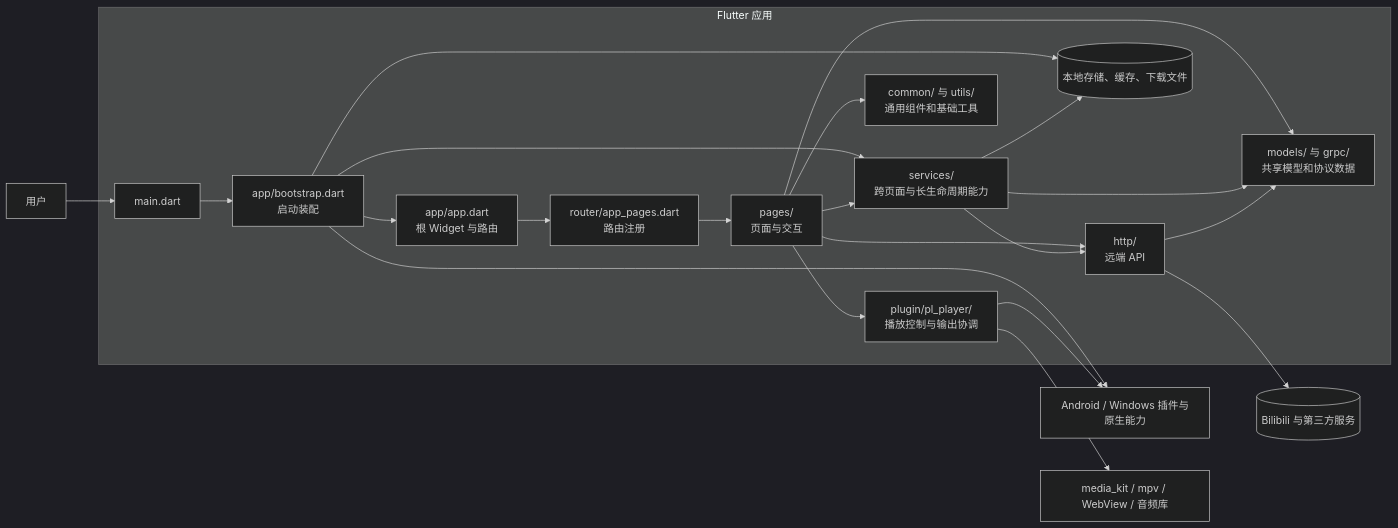
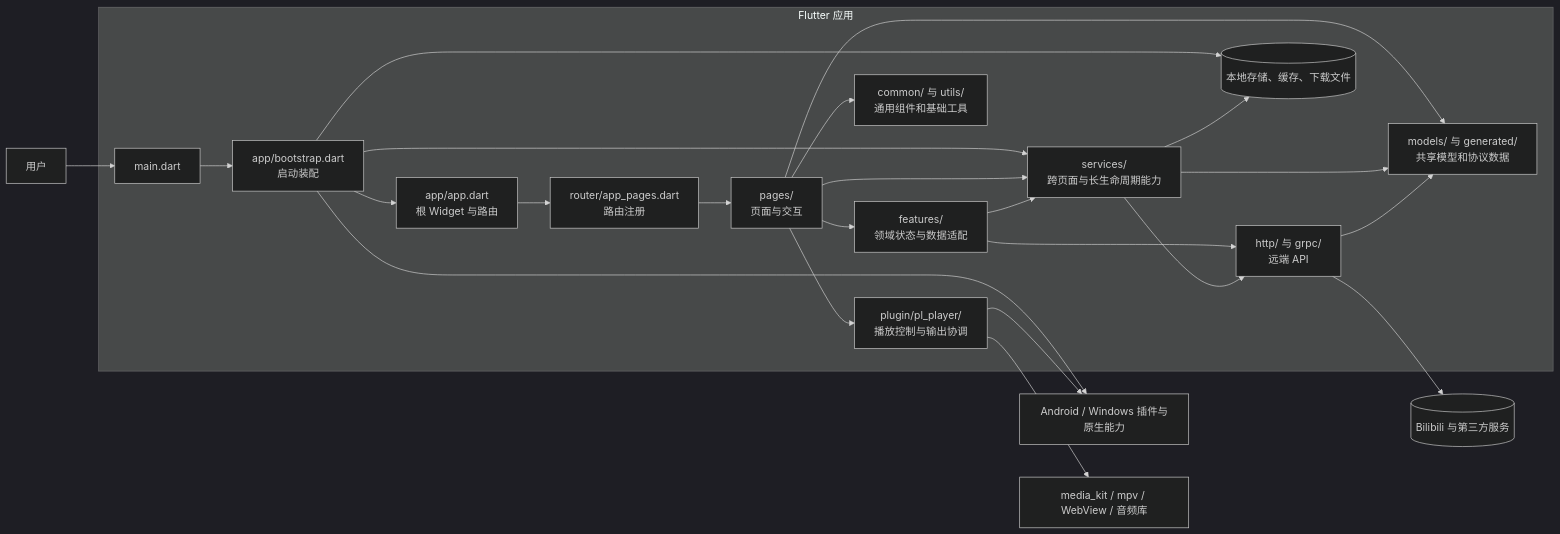
The first of 2 diagrams in doc/development/architecture.md (wallpap/PiliAuroraNext), drawn with Mermaid (dark theme) before and after one commit. The commit also changed other lines of this file and 13 other files, not shown here.

Commit message:
refactor(architecture): remove unused state hierarchy and guard transport boundary

````diff
--- a/doc/development/architecture.md
+++ b/doc/development/architecture.md
@@ -9,37 +9,40 @@
 ```mermaid
 flowchart LR
     User[用户]
     subgraph App[Flutter 应用]
         Main[main.dart]
         Bootstrap[app/bootstrap.dart<br/>启动装配]
         Root[app/app.dart<br/>根 Widget 与路由]
         Routes[router/app_pages.dart<br/>路由注册]
         Pages[pages/<br/>页面与交互]
-        Http[http/<br/>远端 API]
+        Features[features/<br/>领域状态与数据适配]
+        Http[http/ 与 grpc/<br/>远端 API]
         Services[services/<br/>跨页面与长生命周期能力]
         Player[plugin/pl_player/<br/>播放控制与输出协调]
-        Models[models/ 与 grpc/<br/>共享模型和协议数据]
+        Models[models/ 与 generated/<br/>共享模型和协议数据]
         Shared[common/ 与 utils/<br/>通用组件和基础工具]
         Local[(本地存储、缓存、下载文件)]
     end
     Platform[Android / Windows 插件与原生能力]
     Media[media_kit / mpv / WebView / 音频库]
     Remote[(Bilibili 与第三方服务)]
 
     User --> Main --> Bootstrap --> Root --> Routes --> Pages
     Bootstrap --> Services
     Bootstrap --> Platform
     Bootstrap --> Local
-    Pages --> Http
+    Pages --> Features
     Pages --> Services
     Pages --> Player
     Pages --> Models
     Pages --> Shared
+    Features --> Http
+    Features --> Services
     Services --> Http
     Services --> Models
     Services --> Local
     Http --> Models
     Http --> Remote
     Player --> Media
     Player --> Platform
 ```
````
